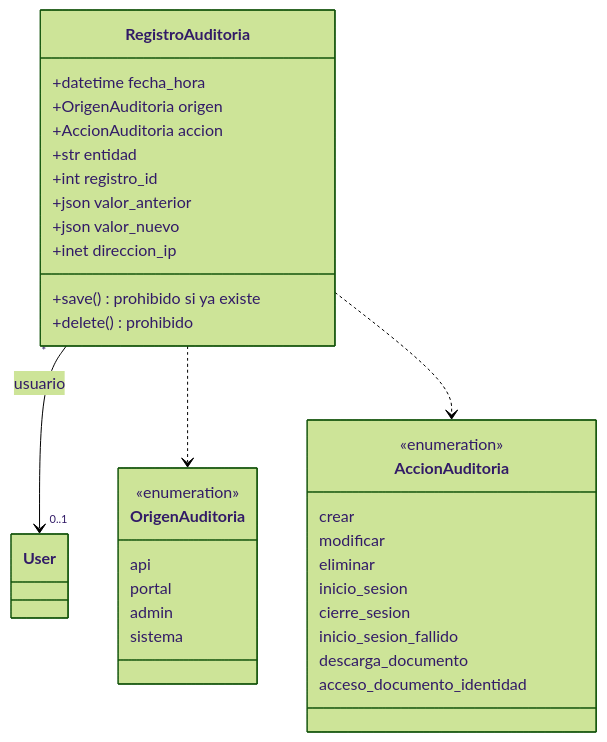
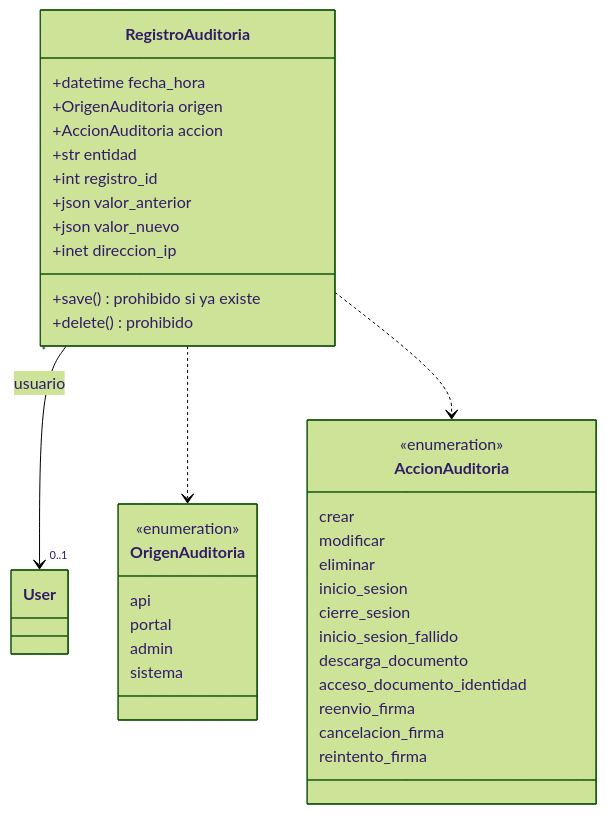
One commit to fecartagena/CRM---Easy-Office changed the fifth of 6 diagrams in Fase 2/Evidencias Proyecto/Documentación/07_arquitectura/UML-002_Diagrama_Clases.md. Above: the diagram before and after it, drawn with Mermaid (forest theme). The commit also changed other lines of this file and 24 other files, not shown here.

````diff
--- a/Fase 2/Evidencias Proyecto/Documentación/07_arquitectura/UML-002_Diagrama_Clases.md
+++ b/Fase 2/Evidencias Proyecto/Documentación/07_arquitectura/UML-002_Diagrama_Clases.md
@@ -551,36 +551,39 @@
 ```mermaid
 classDiagram
     class RegistroAuditoria {
         +datetime fecha_hora
         +OrigenAuditoria origen
         +AccionAuditoria accion
         +str entidad
         +int registro_id
         +json valor_anterior
         +json valor_nuevo
         +inet direccion_ip
         +save() prohibido si ya existe
         +delete() prohibido
     }
     class OrigenAuditoria {
         <<enumeration>>
         api
         portal
         admin
         sistema
     }
     class AccionAuditoria {
         <<enumeration>>
         crear
         modificar
         eliminar
         inicio_sesion
         cierre_sesion
         inicio_sesion_fallido
         descarga_documento
         acceso_documento_identidad
+        reenvio_firma
+        cancelacion_firma
+        reintento_firma
     }
     RegistroAuditoria "*" --> "0..1" User : usuario
     RegistroAuditoria ..> OrigenAuditoria
     RegistroAuditoria ..> AccionAuditoria
 ```
````
